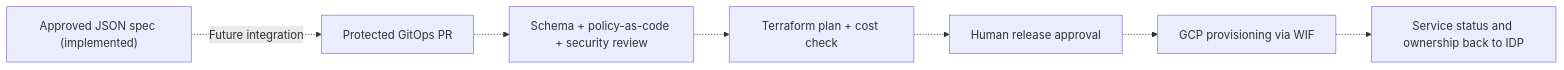
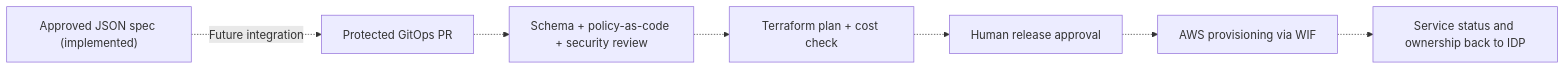
One commit to nolet7/lsk-internal-developer-platform changed the third of 3 diagrams in README.md. Above: the diagram before and after it, drawn with Mermaid. The commit also changed other lines of this file, not shown here.

Commit message:
Correct AWS IDP golden path, AI operations and dev staging prod README

````diff
--- a/README.md
+++ b/README.md
@@ -180,9 +183,9 @@
 ```mermaid
 flowchart LR
   A["Approved JSON spec (implemented)"] -. "Future integration" .-> P["Protected GitOps PR"]
   P -.-> C["Schema + policy-as-code + security review"]
   C -.-> T["Terraform plan + cost check"]
   T -.-> H["Human release approval"]
-  H -.-> G["GCP provisioning via WIF"]
+  H -.-> G["AWS provisioning via WIF"]
   G -.-> S["Service status and ownership back to IDP"]
 ```
````
